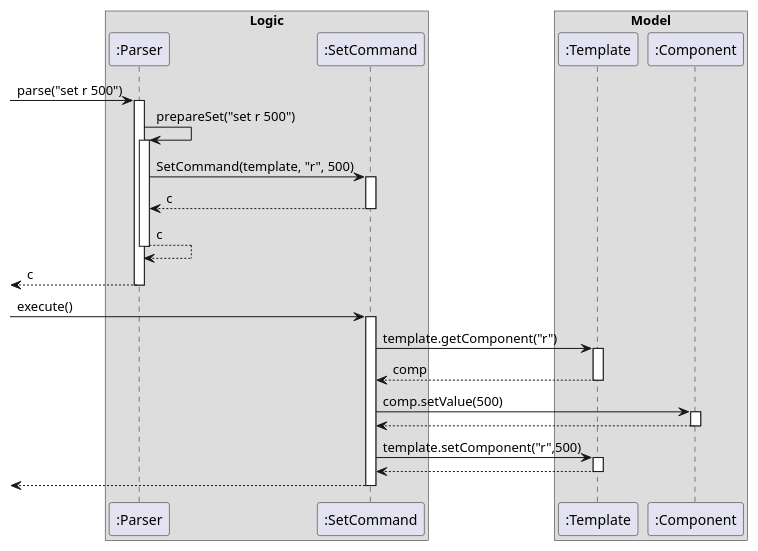
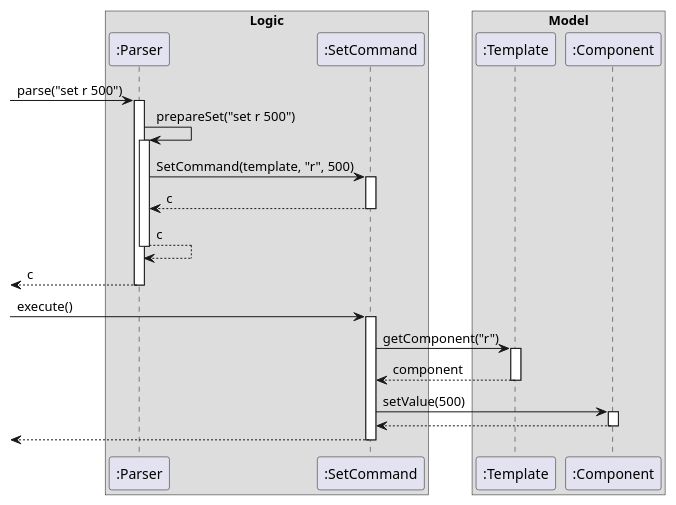
One commit to sevenseasofbri/tp changed the diagram in docs/diagrams/SetSequenceDiagram.puml. Above: the diagram before and after it, drawn with PlantUML. The commit also changed 14 other files, not shown here.

Commit message:
Update diagrams

```diff
--- a/docs/diagrams/SetSequenceDiagram.puml
+++ b/docs/diagrams/SetSequenceDiagram.puml
@@ -1,58 +1,52 @@
 @startuml
 
 box Logic
 participant ":Parser" as Parser
 participant ":SetCommand" as SetCommand
 end box
 
 box Model 
 participant ":Template" as Template
 participant ":Component" as Component 
 end box
 
 
 [-> Parser : parse("set r 500")
 activate Parser
 
 Parser -> Parser : prepareSet("set r 500")
 activate Parser
 
 Parser -> SetCommand : SetCommand(template, "r", 500)
 activate SetCommand
 
 SetCommand --> Parser : c
 deactivate SetCommand
 
 Parser --> Parser : c
 deactivate Parser
 
 [<-- Parser : c
 deactivate Parser
 
 
 [-> SetCommand : execute()
 activate SetCommand
 
-SetCommand -> Template : template.getComponent("r")
+SetCommand -> Template : getComponent("r")
 activate Template
 
-Template --> SetCommand : comp
+Template --> SetCommand : component
 deactivate Template
 
-SetCommand -> Component : comp.setValue(500)
+SetCommand -> Component : setValue(500)
 activate Component
 
 Component --> SetCommand
 deactivate Component
-
-SetCommand -> Template : template.setComponent("r",500)
-activate Template
-
-Template --> SetCommand
-deactivate Template
 
 [<-- SetCommand 
 deactivate SetCommand
 
 
 @enduml
```
